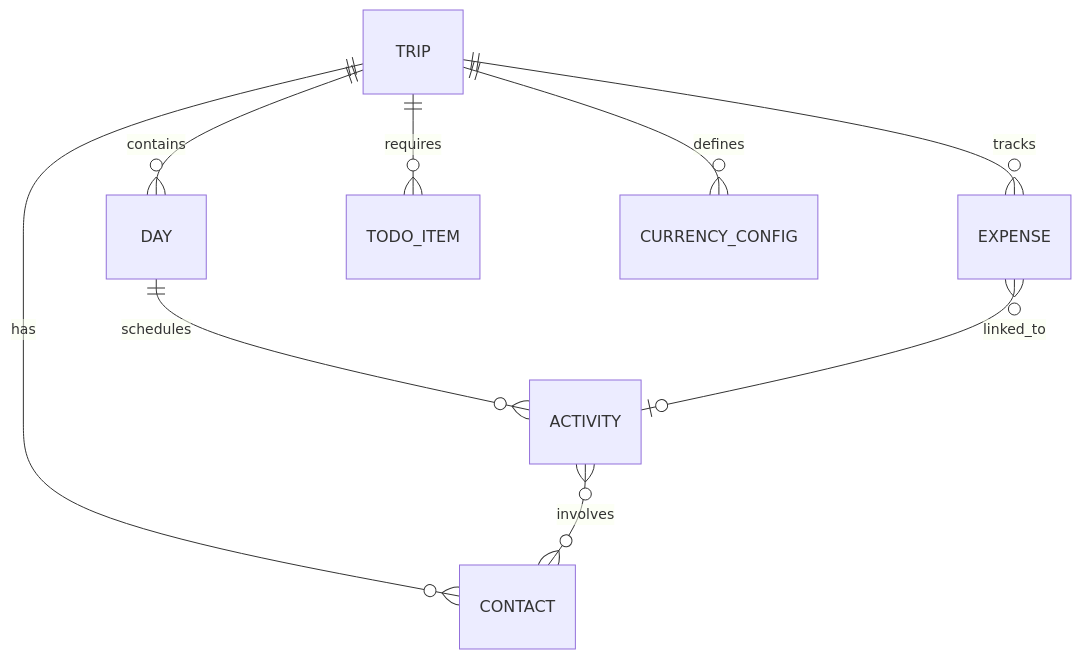
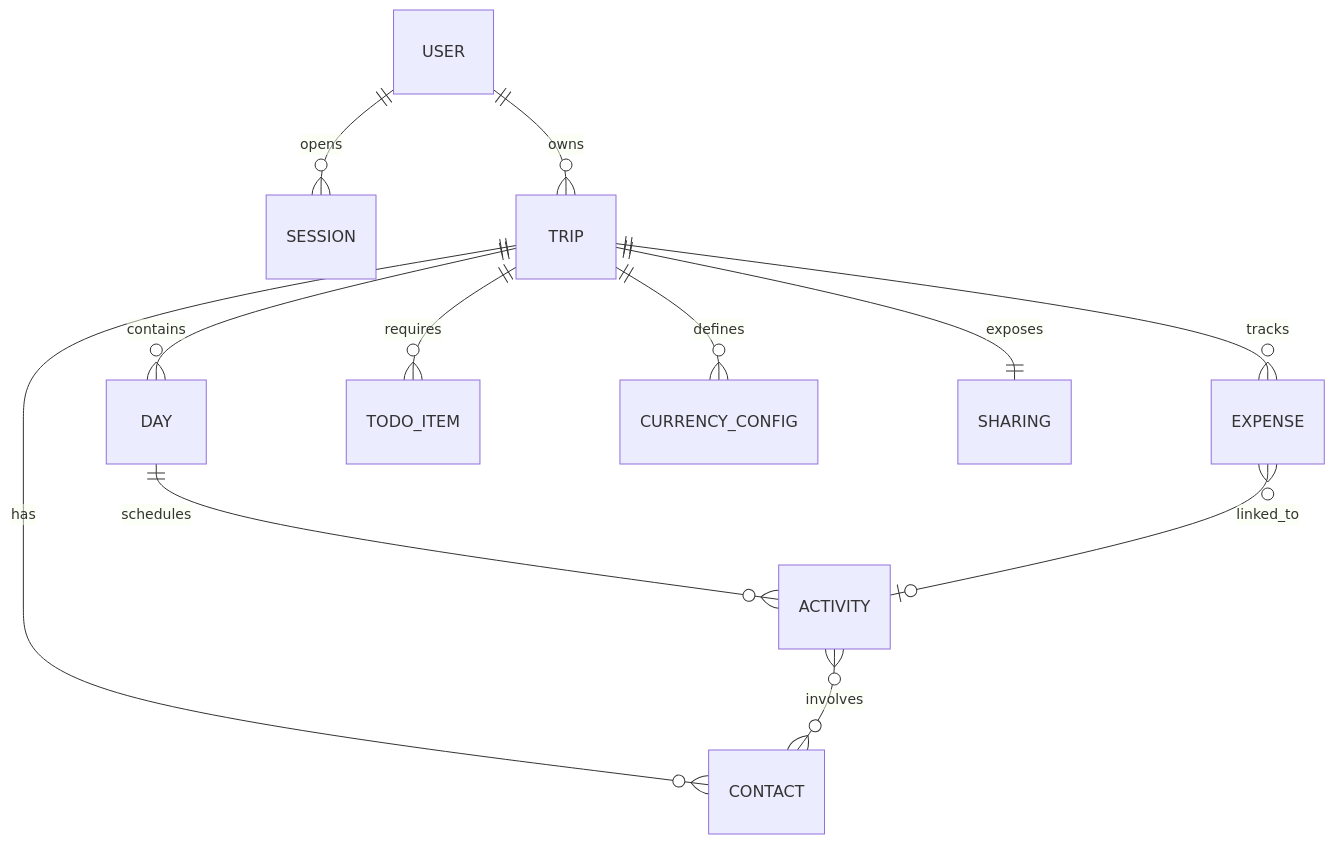
One commit to stevefofou9-tech/capvoyage changed the diagram in docs/PRD.md. Above: the diagram before and after it, drawn with Mermaid. The commit also changed other lines of this file and 10 other files, not shown here.

````diff
--- a/docs/PRD.md
+++ b/docs/PRD.md
@@ -90,11 +131,14 @@
 ```mermaid
 erDiagram
+    USER ||--o{ SESSION : opens
+    USER ||--o{ TRIP : owns
     TRIP ||--o{ DAY : contains
     TRIP ||--o{ CONTACT : has
     TRIP ||--o{ EXPENSE : tracks
     TRIP ||--o{ TODO_ITEM : requires
     TRIP ||--o{ CURRENCY_CONFIG : defines
+    TRIP ||--|| SHARING : exposes
     DAY ||--o{ ACTIVITY : schedules
     ACTIVITY }o--o{ CONTACT : involves
     EXPENSE }o--o| ACTIVITY : linked_to
 ```
````
